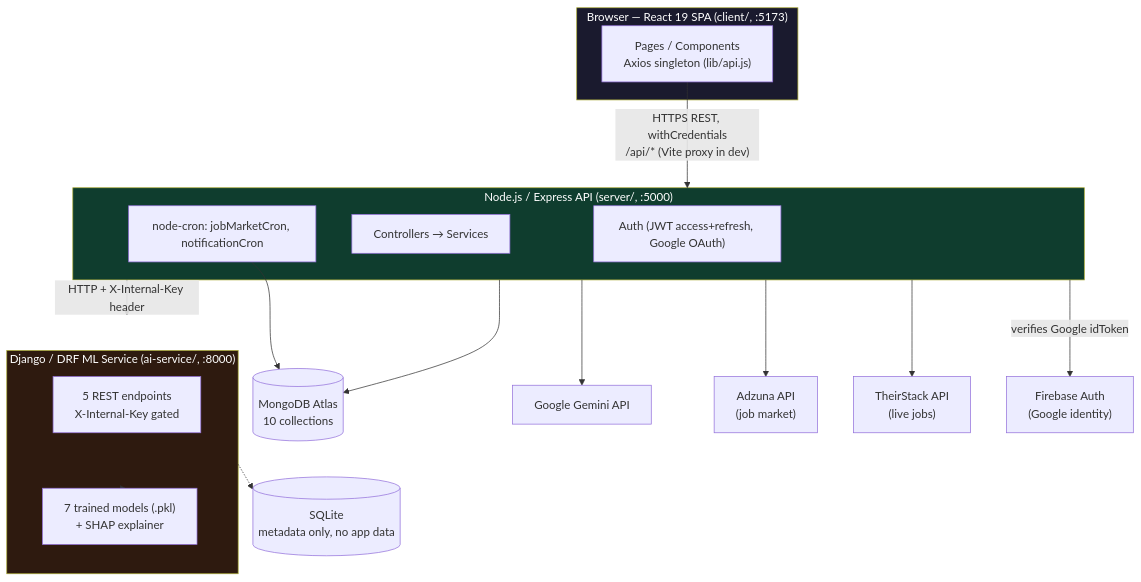
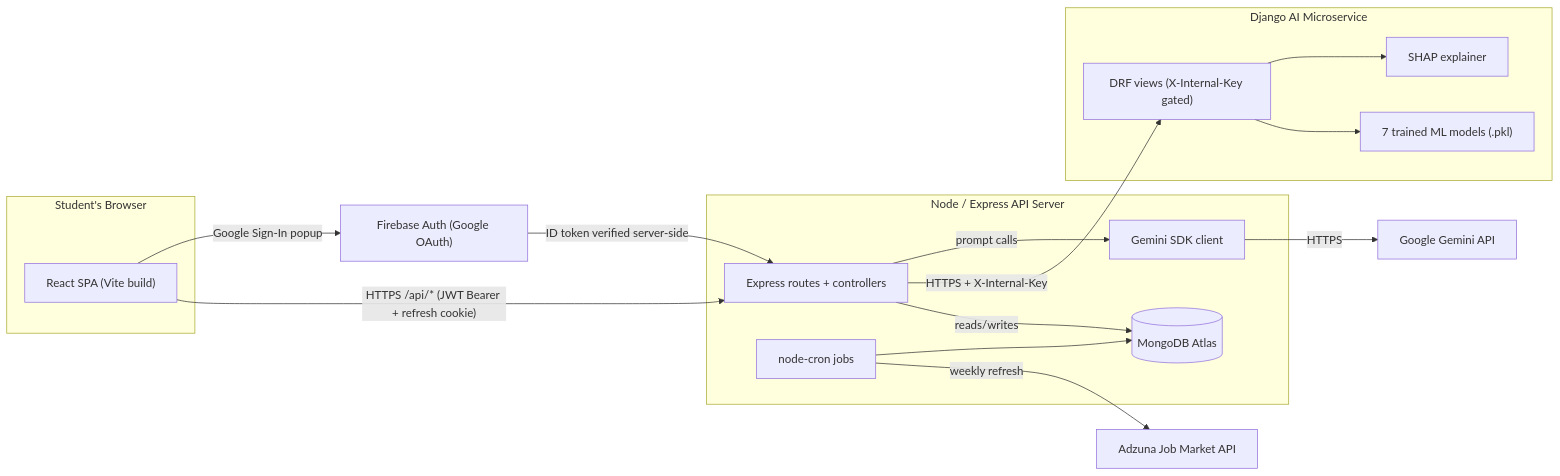
One commit to Krishshah23/pathpilot-ai changed the first of 4 diagrams in pathpilot_documentation.md. Above: the diagram before and after it, drawn with Mermaid. The commit also changed other lines of this file and 10 other files, not shown here.

Commit message:
docs & config: update documentation, model health checks, and Gemini service resilience

````diff
--- a/pathpilot_documentation.md
+++ b/pathpilot_documentation.md
@@ -53,39 +58,35 @@
 ```mermaid
-flowchart TB
-    subgraph Browser["Browser — React 19 SPA (client/, :5173)"]
-        UI["Pages / Components<br/>Axios singleton (lib/api.js)"]
+flowchart LR
+    subgraph Browser["Student's Browser"]
+        RC["React SPA (Vite build)"]
     end
 
-    subgraph Node["Node.js / Express API (server/, :5000)"]
-        Auth["Auth (JWT access+refresh, Google OAuth)"]
-        Ctrl["Controllers → Services"]
-        Cron["node-cron: jobMarketCron, notificationCron"]
+    subgraph NodeServer["Node / Express API Server"]
+        API["Express routes + controllers"]
+        Mongo[(MongoDB Atlas)]
+        Cron["node-cron jobs"]
+        Gemini["Gemini SDK client"]
     end
 
-    subgraph Django["Django / DRF ML Service (ai-service/, :8000)"]
-        Views["5 REST endpoints<br/>X-Internal-Key gated"]
-        Models["7 trained models (.pkl)<br/>+ SHAP explainer"]
+    subgraph DjangoService["Django AI Microservice"]
+        Views["DRF views (X-Internal-Key gated)"]
+        Models["7 trained ML models (.pkl)"]
+        SHAP["SHAP explainer"]
     end
 
-    Mongo[("MongoDB Atlas<br/>10 collections")]
-    SQLite[("SQLite<br/>metadata only, no app data")]
-    Gemini["Google Gemini API"]
-    Adzuna["Adzuna API<br/>(job market)"]
-    TheirStack["TheirStack API<br/>(live jobs)"]
-    FirebaseAuth["Firebase Auth<br/>(Google identity)"]
+    ExtGoogle["Google Gemini API"]
+    ExtFirebase["Firebase Auth (Google OAuth)"]
+    ExtAdzuna["Adzuna Job Market API"]
 
-    UI -- "HTTPS REST, withCredentials<br/>/api/* (Vite proxy in dev)" --> Node
-    Node -- "HTTP + X-Internal-Key header" --> Django
-    Django --> Models
-    Django -.-> SQLite
-    Node --> Mongo
-    Node --> Gemini
-    Node --> Adzuna
-    Node --> TheirStack
-    Node -- "verifies Google idToken" --> FirebaseAuth
+    RC -- "HTTPS /api/* (JWT Bearer + refresh cookie)" --> API
+    API -- "reads/writes" --> Mongo
+    API -- "HTTPS + X-Internal-Key" --> Views
+    Views --> Models
+    Views --> SHAP
+    API -- "prompt calls" --> Gemini
+    Gemini -- "HTTPS" --> ExtGoogle
+    RC -- "Google Sign-In popup" --> ExtFirebase
+    ExtFirebase -- "ID token verified server-side" --> API
+    Cron -- "weekly refresh" --> ExtAdzuna
     Cron --> Mongo
-
-    style Browser fill:#1a1a2e,color:#fff
-    style Node fill:#0f3d2e,color:#fff
-    style Django fill:#2e1a0f,color:#fff
 ```
````
